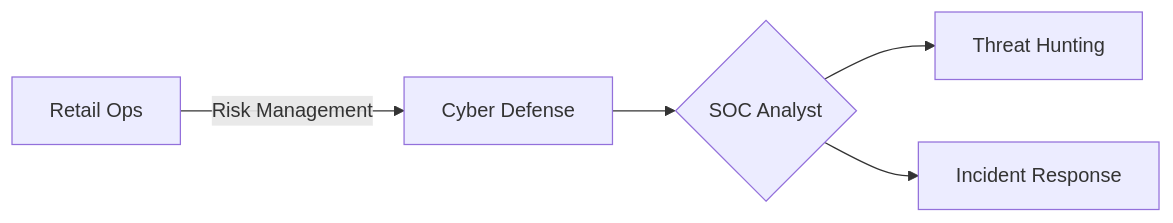
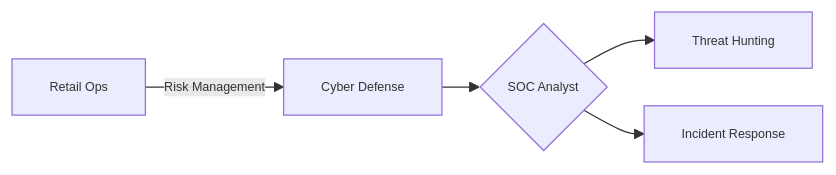
One commit to EnoMada/EnoMada changed the diagram in README.md. Above: the diagram before and after it, drawn with Mermaid. The commit also changed other lines of this file, not shown here.

````diff
--- a/README.md
+++ b/README.md
@@ -15,7 +17,8 @@
 ```mermaid
+%%{init: {"flowchart": {"nodeSpacing": 30, "rankSpacing": 30, "useMaxWidth": false}, "themeVariables": {"fontSize": "10px"}}}%%
 graph LR
     A[Retail Ops] -->|Risk Management| B[Cyber Defense]
     B --> C{SOC Analyst}
     C --> D[Threat Hunting]
     C --> E[Incident Response]
 ```
````
